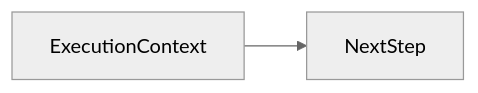
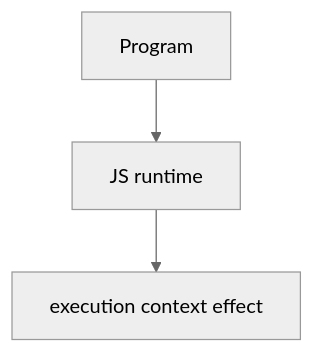
Before and after one commit to OmidJavaherii/Frontend-Engineering-Handbook: the second of 2 diagrams in docs/en/06-javascript/execution-context/index.md, drawn with Mermaid (neutral theme). The commit also changed other lines of this file and 461 other files, not shown here.

````diff
--- a/docs/en/06-javascript/execution-context/index.md
+++ b/docs/en/06-javascript/execution-context/index.md
@@ -96,4 +109,5 @@
 ```mermaid
-flowchart LR
-  concept[ExecutionContext] --> nextStep[NextStep]
+flowchart TD
+  Code[Program] --> Runtime[JS runtime]
+  Runtime --> Effect[execution context effect]
 ```
````
